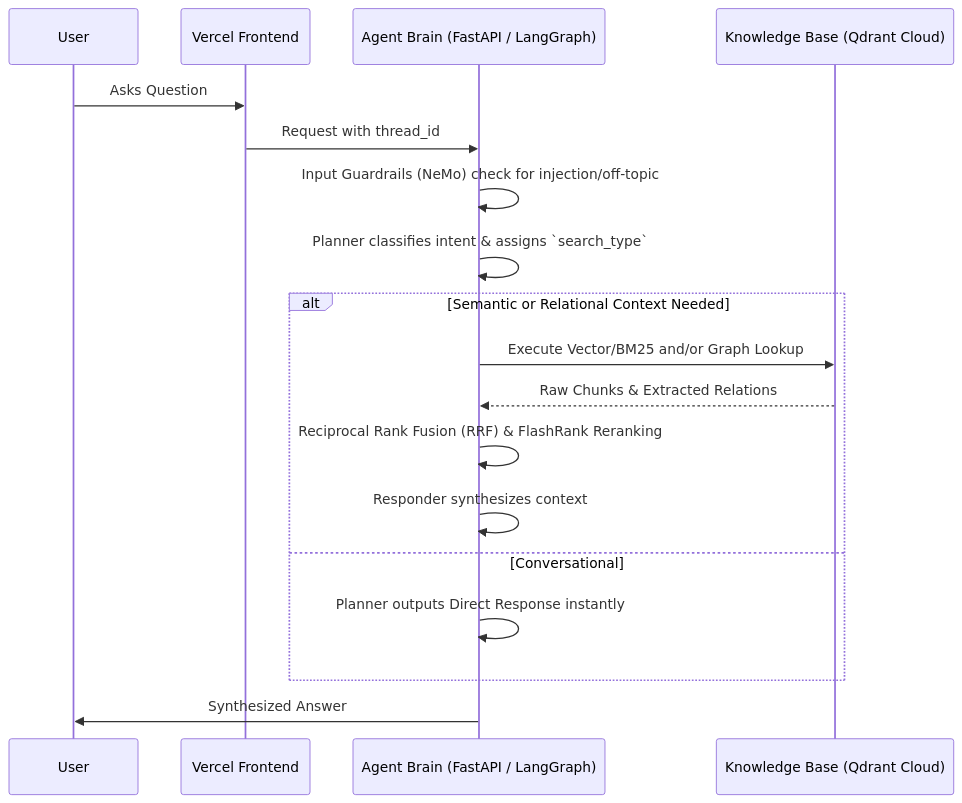
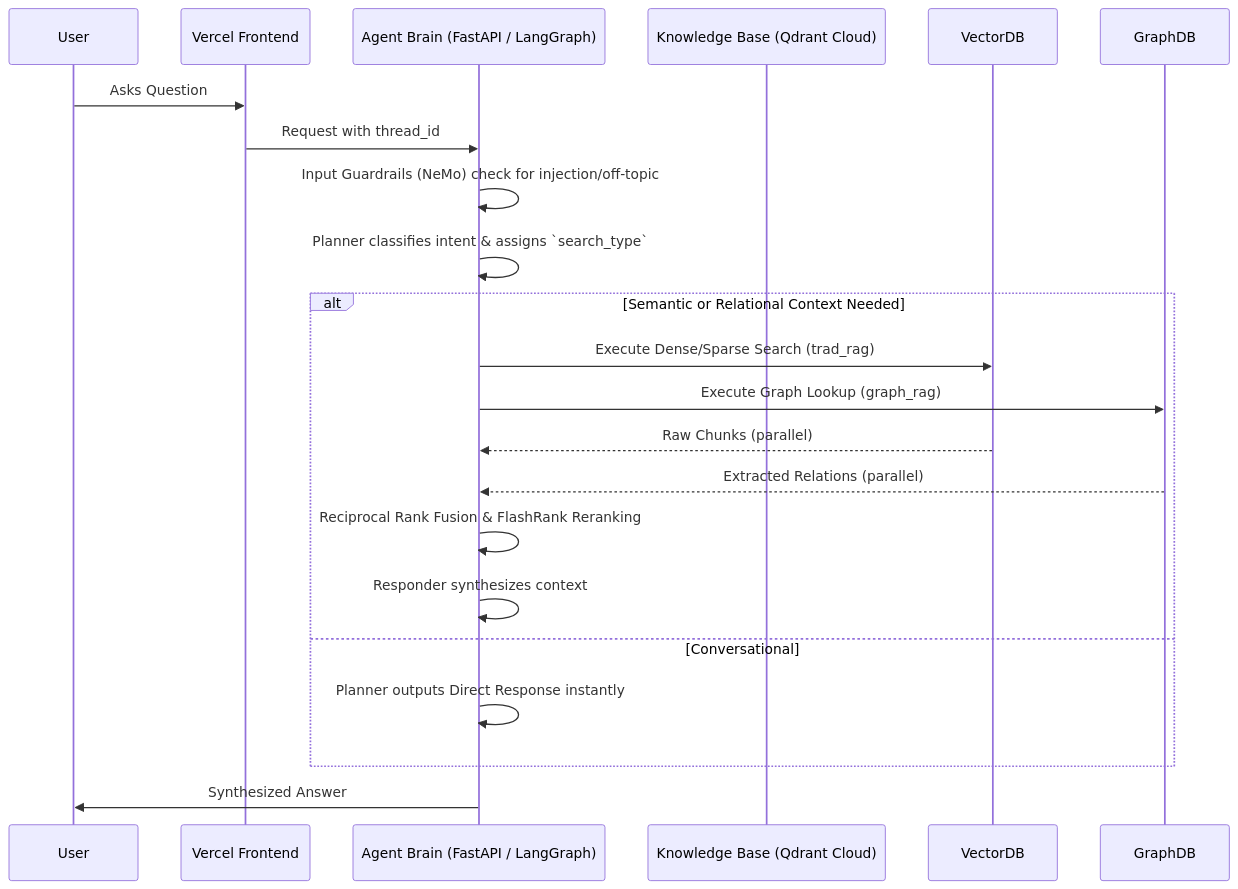
One commit to MuhammadUmerKhan/portfolio-web-bot changed the diagram in docs/01_SYSTEM_OVERVIEW.md. Above: the diagram before and after it, drawn with Mermaid. The commit also changed 3 other files, not shown here.

Commit message:
refactor: split retriever node into parallel trad_rag and graph_rag nodes

````diff
--- a/docs/01_SYSTEM_OVERVIEW.md
+++ b/docs/01_SYSTEM_OVERVIEW.md
@@ -18,23 +18,25 @@
 ```mermaid
 sequenceDiagram
     participant User
     participant UI as Vercel Frontend
     participant Agent as Agent Brain (FastAPI / LangGraph)
     participant DB as Knowledge Base (Qdrant Cloud)
 
     User->>UI: Asks Question
     UI->>Agent: Request with thread_id
     Agent->>Agent: Input Guardrails (NeMo) check for injection/off-topic
     Agent->>Agent: Planner classifies intent & assigns `search_type`
     
     alt Semantic or Relational Context Needed
-        Agent->>DB: Execute Vector/BM25 and/or Graph Lookup
-        DB-->>Agent: Raw Chunks & Extracted Relations
-        Agent->>Agent: Reciprocal Rank Fusion (RRF) & FlashRank Reranking
+        Agent->>VectorDB: Execute Dense/Sparse Search (trad_rag)
+        Agent->>GraphDB: Execute Graph Lookup (graph_rag)
+        VectorDB-->>Agent: Raw Chunks (parallel)
+        GraphDB-->>Agent: Extracted Relations (parallel)
+        Agent->>Agent: Reciprocal Rank Fusion & FlashRank Reranking
         Agent->>Agent: Responder synthesizes context
     else Conversational
         Agent->>Agent: Planner outputs Direct Response instantly
     end
     
     Agent->>User: Synthesized Answer
 ```
````
